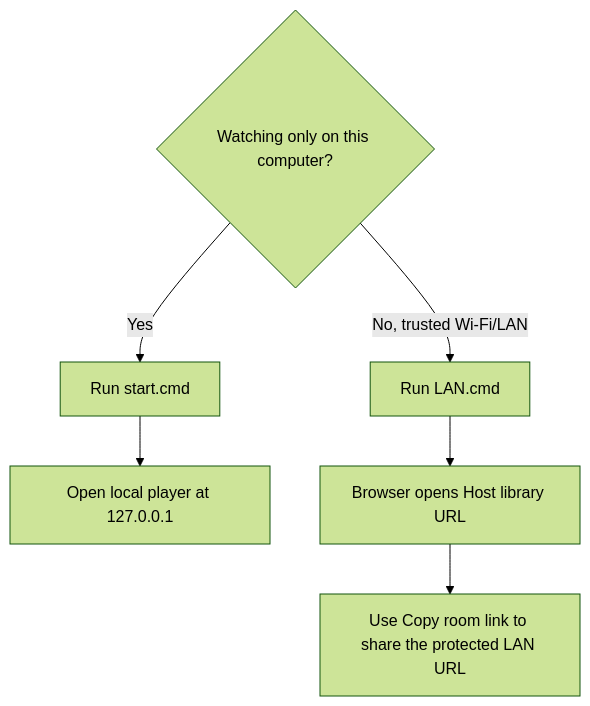
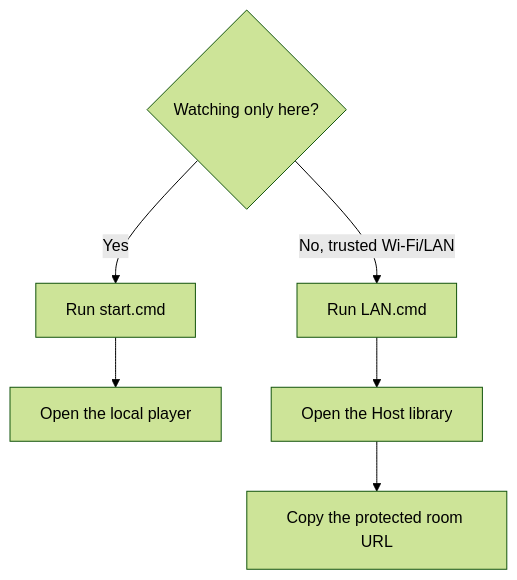
One commit to Dortecx/The-Player changed the first of 2 diagrams in README.md. Above: the diagram before and after it, drawn with Mermaid (forest theme). The commit also changed other lines of this file and 4 other files, not shown here.

````diff
--- a/README.md
+++ b/README.md
@@ -11,9 +11,9 @@
 ```mermaid
 flowchart TD
-    A{Watching only on this computer?}
+    A{Watching only here?}
     A -->|Yes| B[Run start.cmd]
-    B --> C[Open local player at 127.0.0.1]
+    B --> C[Open the local player]
     A -->|No, trusted Wi-Fi/LAN| D[Run LAN.cmd]
-    D --> E[Browser opens Host library URL]
-    E --> F[Use Copy room link to share the protected LAN URL]
+    D --> E[Open the Host library]
+    E --> F[Copy the protected room URL]
 ```
````
